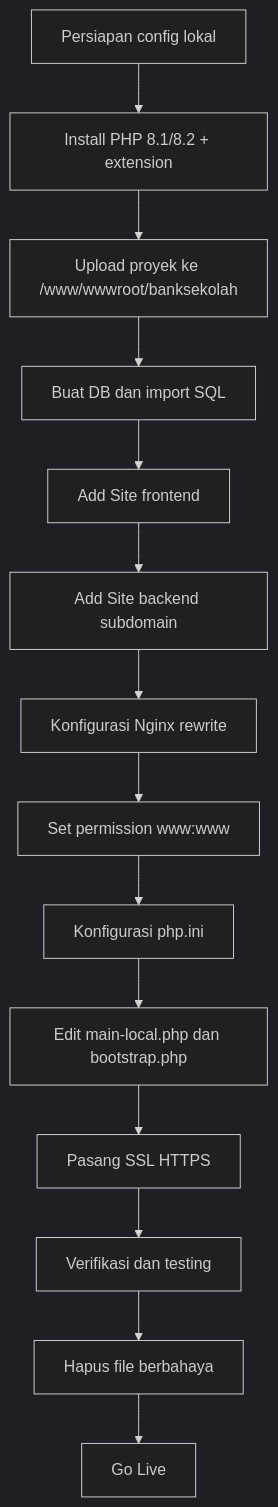
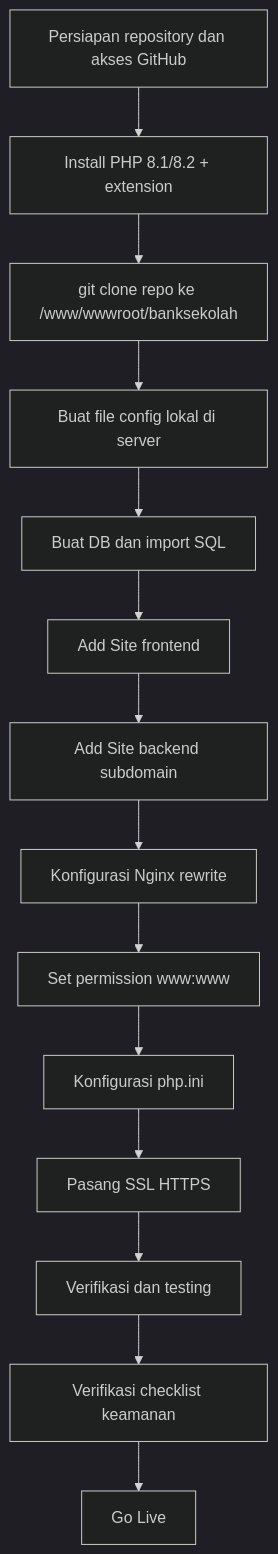
The diagram in DEPLOY_AAPANEL.md (wahyudedik/bangsekolah), drawn with Mermaid (dark theme) before and after one commit. The commit also changed other lines of this file, not shown here.

Commit message:
docs: add critical webshell security warning and upload hardening guide to deploy docs

````diff
--- a/DEPLOY_AAPANEL.md
+++ b/DEPLOY_AAPANEL.md
@@ -36,16 +61,16 @@
 ```mermaid
 flowchart TD
-    A[Persiapan config lokal] --> B[Install PHP 8.1/8.2 + extension]
-    B --> C[Upload proyek ke /www/wwwroot/banksekolah]
-    C --> D[Buat DB dan import SQL]
-    D --> E[Add Site frontend]
-    E --> F[Add Site backend subdomain]
-    F --> G[Konfigurasi Nginx rewrite]
-    G --> H[Set permission www:www]
-    H --> I[Konfigurasi php.ini]
-    I --> J[Edit main-local.php dan bootstrap.php]
+    A[Persiapan repository dan akses GitHub] --> B[Install PHP 8.1/8.2 + extension]
+    B --> C[git clone repo ke /www/wwwroot/banksekolah]
+    C --> D[Buat file config lokal di server]
+    D --> E[Buat DB dan import SQL]
+    E --> F[Add Site frontend]
+    F --> G[Add Site backend subdomain]
+    G --> H[Konfigurasi Nginx rewrite]
+    H --> I[Set permission www:www]
+    I --> J[Konfigurasi php.ini]
     J --> K[Pasang SSL HTTPS]
     K --> L[Verifikasi dan testing]
-    L --> M[Hapus file berbahaya]
+    L --> M[Verifikasi checklist keamanan]
     M --> N[Go Live]
 ```
````
